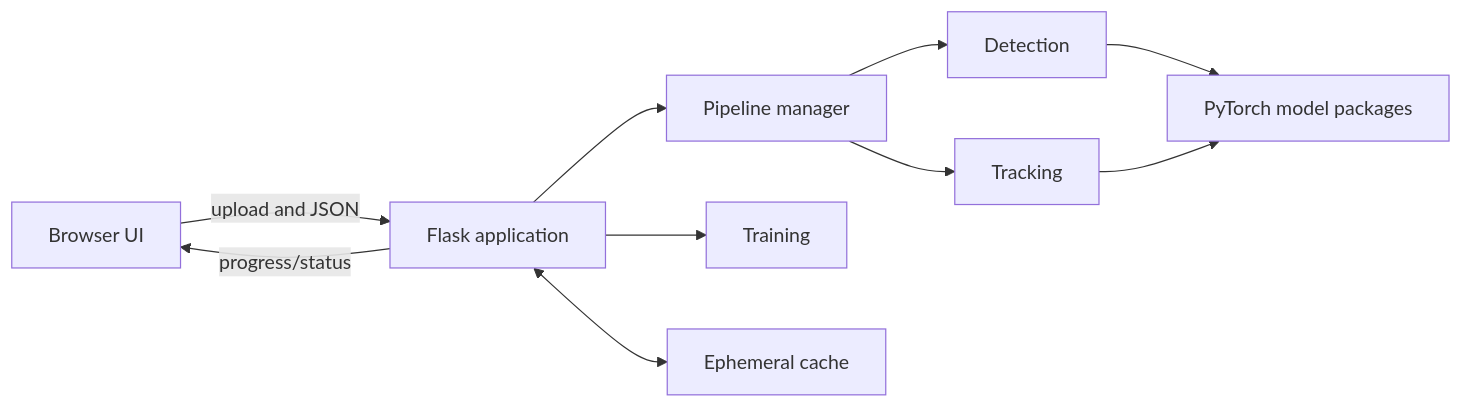
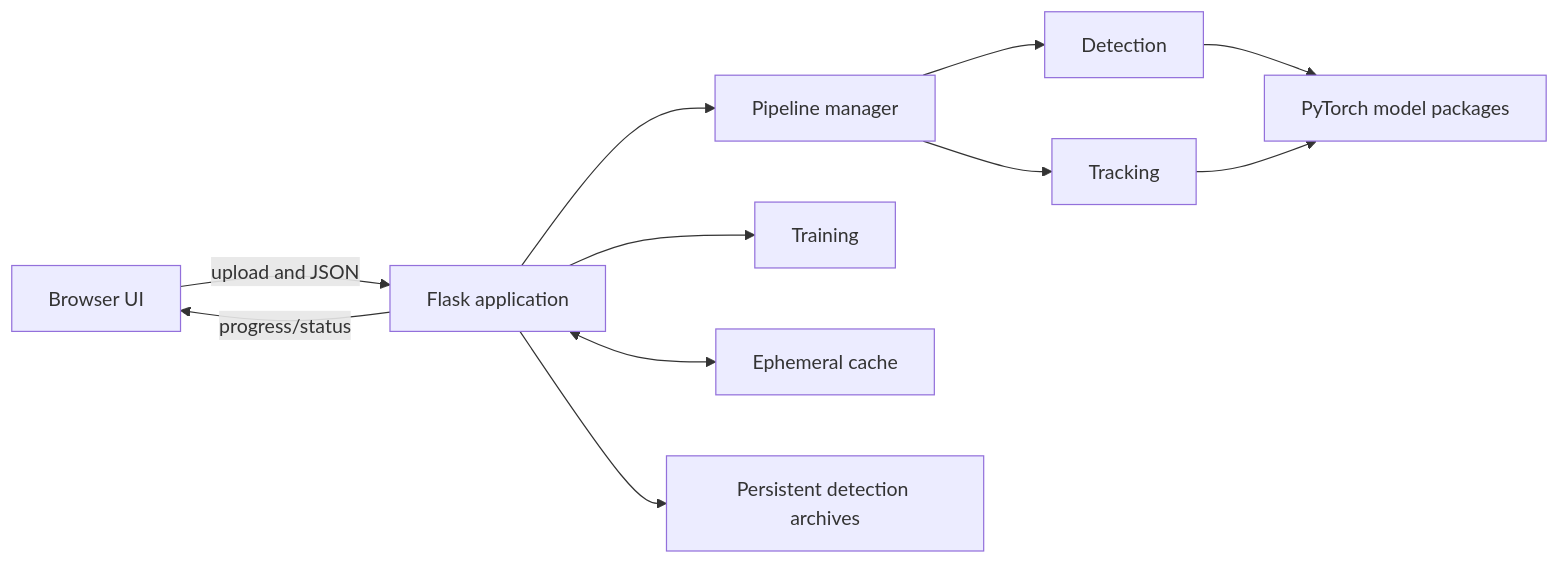
Before and after one commit to YohannesTesfay/Root-Detector: the diagram in TECHNICAL-GUIDE.md, drawn with Mermaid. The commit also changed other lines of this file and 18 other files, not shown here.

Commit message:
Make detection exports durable and retryable

````diff
--- a/TECHNICAL-GUIDE.md
+++ b/TECHNICAL-GUIDE.md
@@ -9,12 +9,13 @@
 ```mermaid
 flowchart LR
     UI["Browser UI"] -->|"upload and JSON"| APP["Flask application"]
     APP --> PIPE["Pipeline manager"]
     PIPE --> DET["Detection"]
     PIPE --> TRACK["Tracking"]
     APP --> TRAIN["Training"]
     DET --> MODELS["PyTorch model packages"]
     TRACK --> MODELS
     APP <--> CACHE["Ephemeral cache"]
+    APP --> EXPORTS["Persistent detection archives"]
     APP -->|"progress/status"| UI
 ```
````
